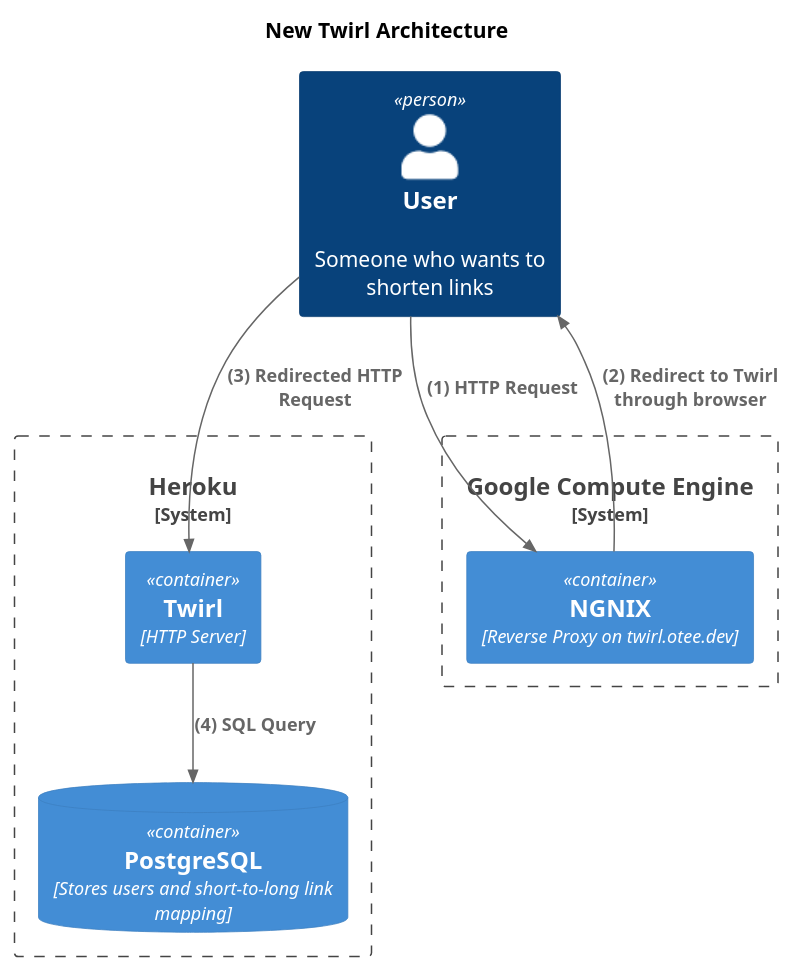
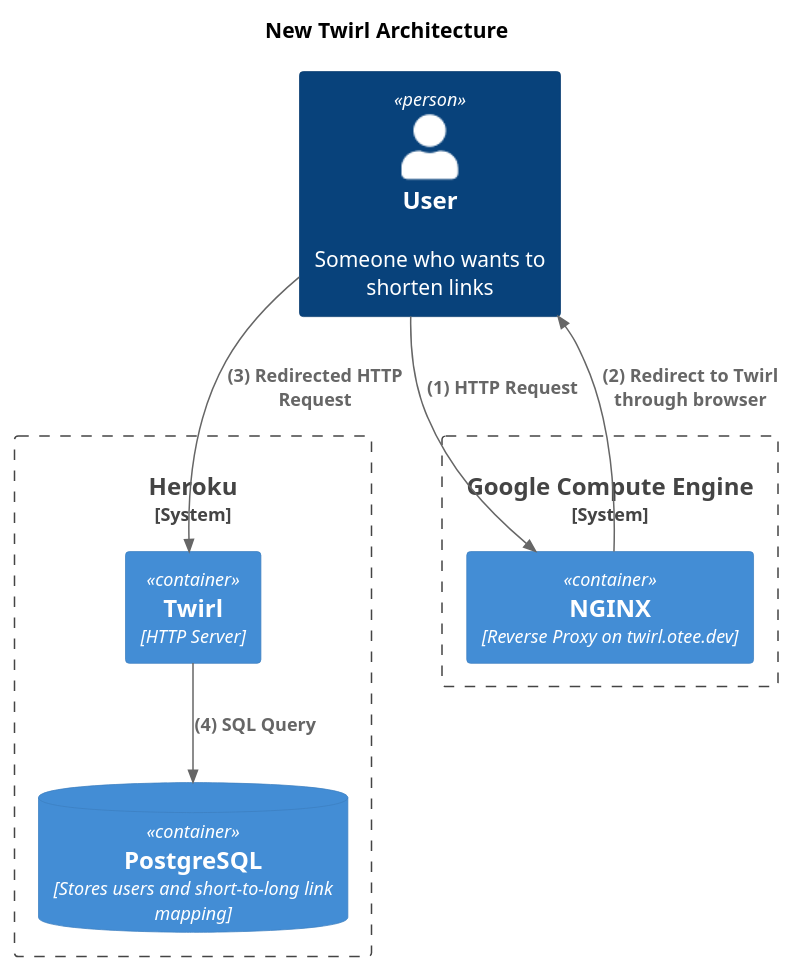
The diagram in uml.puml (oitee/oitee.github.io), drawn with PlantUML before and after one commit. The commit also changed 3 other files, not shown here.

```diff
--- a/uml.puml
+++ b/uml.puml
@@ -1,27 +1,27 @@
 @startuml
 title New Twirl Architecture
 
 top to bottom direction
 
 !include https://raw.githubusercontent.com/plantuml-stdlib/C4-PlantUML/master/C4.puml
 !include https://raw.githubusercontent.com/plantuml-stdlib/C4-PlantUML/master/C4_Context.puml
 !include https://raw.githubusercontent.com/plantuml-stdlib/C4-PlantUML/master/C4_Container.puml
 
 Person(User, "User", "Someone who wants to shorten links")
 
 System_Boundary("Heroku", "Heroku") {
   ContainerDb(Postgres, "PostgreSQL", "Stores users and short-to-long link mapping")
   Container(Twirl, "Twirl", "HTTP Server")
 }
 
 System_Boundary("GCP", "Google Compute Engine"){
-  Container(Ngnix, "NGNIX", "Reverse Proxy on twirl.otee.dev")
+  Container(Ngnix, "NGINX", "Reverse Proxy on twirl.otee.dev")
 }
 
 Rel(User, Ngnix, "(1) HTTP Request")
 Rel(Ngnix, User, "(2) Redirect to Twirl through browser")
 Rel(User, Twirl, "(3) Redirected HTTP Request")
 Rel(Twirl, Postgres, "(4) SQL Query")
 
 
 @enduml
```
